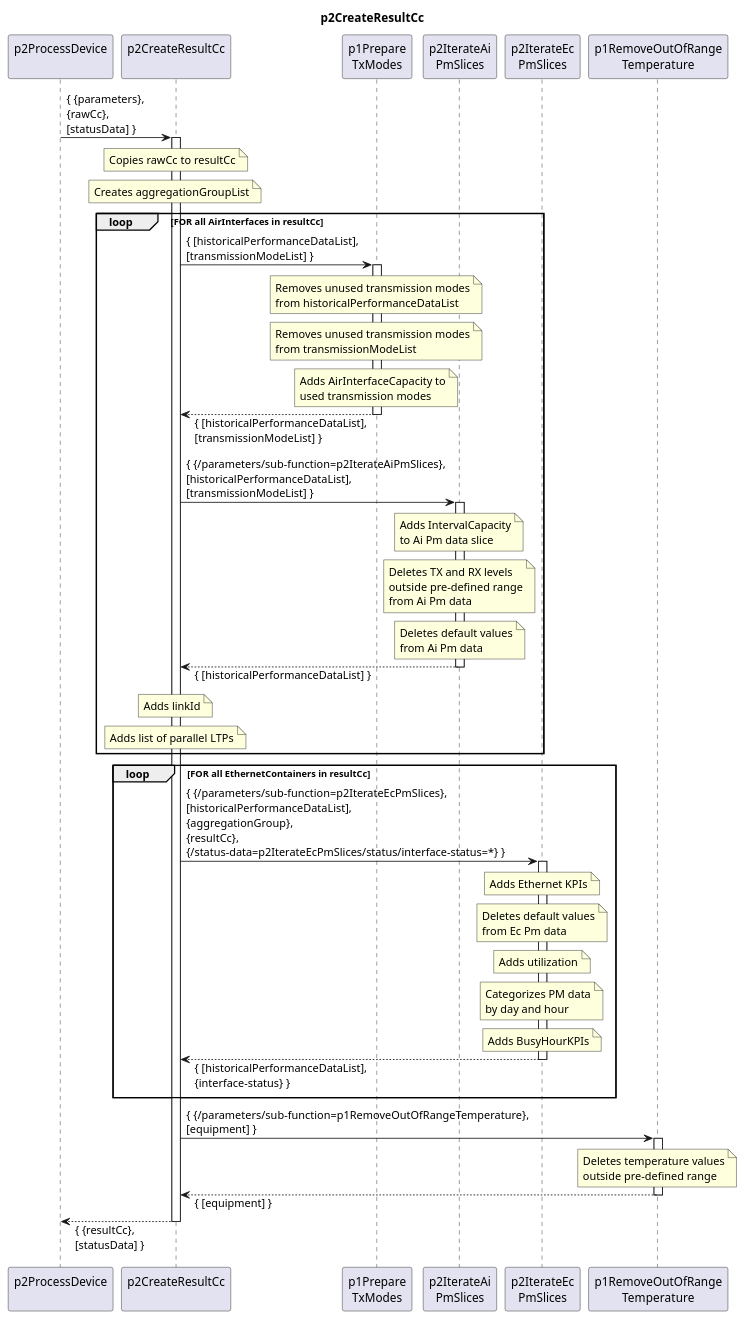
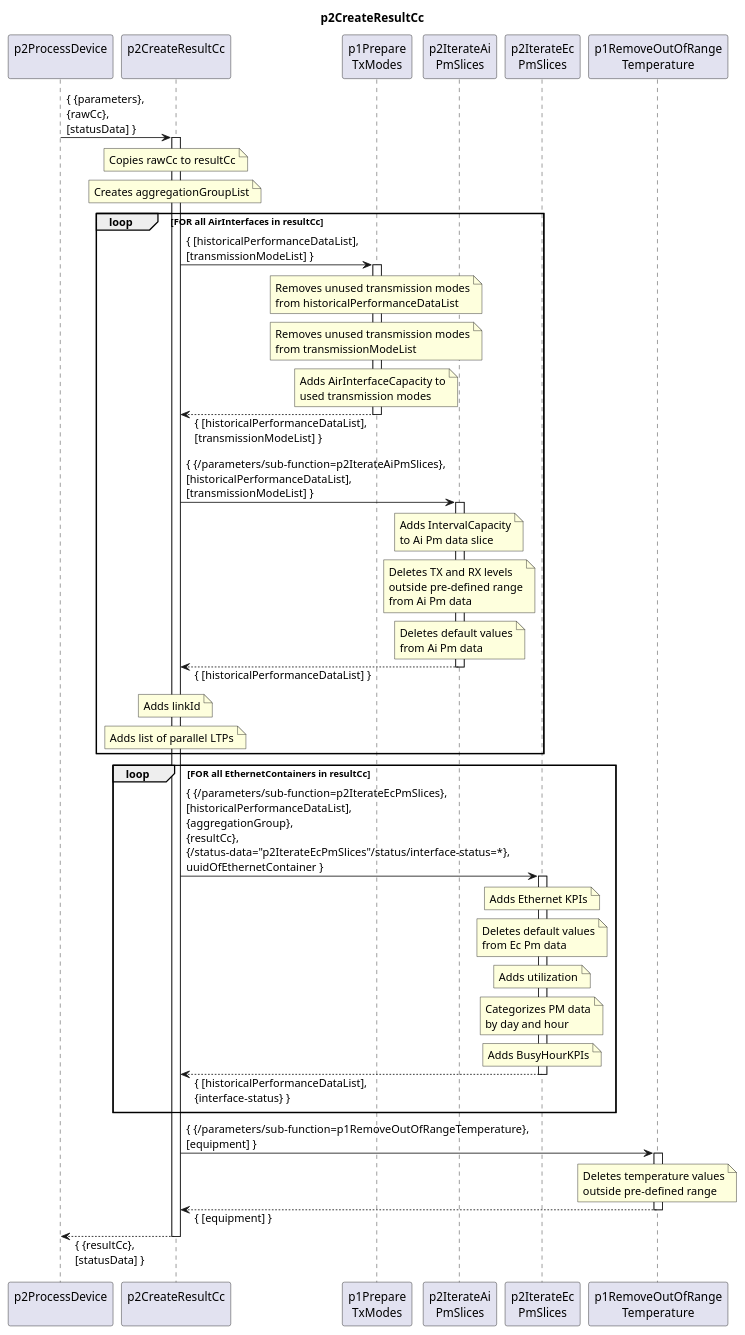
The diagram in spec/Functions/p2StreamPmData/p2ProcessDevice/p2CreateResultCc/1.0.0/p2CreateResultCc.plantuml (openBackhaul/DevicePerformanceManagementDataProcessor), drawn with PlantUML before and after one commit. The commit also changed 10 other files, not shown here.

Commit message:
Add deriving physicalServerLtpList from serverLtp attribute at EthernetContainerLTP (fixes #211)

```diff
--- a/spec/Functions/p2StreamPmData/p2ProcessDevice/p2CreateResultCc/1.0.0/p2CreateResultCc.plantuml
+++ b/spec/Functions/p2StreamPmData/p2ProcessDevice/p2CreateResultCc/1.0.0/p2CreateResultCc.plantuml
@@ -1,128 +1,128 @@
 @startuml p2CreateResultCc
 skinparam responseMessageBelowArrow true
 
 title
   p2CreateResultCc
 end title
 
 participant "p2ProcessDevice\n" as requestor
 participant "p2CreateResultCc\n" as cur
 participant "p1Prepare\nTxModes" as p1prepTxModes
 participant "p2IterateAi\nPmSlices" as p2IterateAi
 participant "p2IterateEc\nPmSlices" as p2IterateEc
 participant "p1RemoveOutOfRange\nTemperature" as p1RemoveTemp
 
 requestor -> cur : { {parameters},\n{rawCc},\n[statusData] }
 activate cur
 
   note over cur
     Copies rawCc to resultCc
   end note
 
   note over cur
     Creates aggregationGroupList
   end note
 
   loop FOR all AirInterfaces in resultCc
 
     cur -> p1prepTxModes : { [historicalPerformanceDataList],\n[transmissionModeList] }
     activate p1prepTxModes
 
       note over p1prepTxModes
         Removes unused transmission modes
         from historicalPerformanceDataList
       end note
 
       note over p1prepTxModes
         Removes unused transmission modes
         from transmissionModeList
       end note
 
       note over p1prepTxModes
         Adds AirInterfaceCapacity to
         used transmission modes
       end note
 
     cur <-- p1prepTxModes : { [historicalPerformanceDataList],\n[transmissionModeList] }
     deactivate p1prepTxModes
 
     cur -> p2IterateAi : { {/parameters/sub-function=p2IterateAiPmSlices},\n[historicalPerformanceDataList],\n[transmissionModeList] }
     activate p2IterateAi
 
       note over p2IterateAi
         Adds IntervalCapacity
         to Ai Pm data slice
       end note
 
       note over p2IterateAi
         Deletes TX and RX levels
         outside pre-defined range
         from Ai Pm data
       end note
 
       note over p2IterateAi
         Deletes default values
         from Ai Pm data
       end note
 
 
     cur <-- p2IterateAi : { [historicalPerformanceDataList] }
     deactivate p2IterateAi
 
     note over cur
       Adds linkId
     end note
 
     note over cur
       Adds list of parallel LTPs
     end note
 
   end
 
   loop FOR all EthernetContainers in resultCc
 
-    cur -> p2IterateEc : { {/parameters/sub-function=p2IterateEcPmSlices},\n[historicalPerformanceDataList],\n{aggregationGroup},\n{resultCc},\n{/status-data=p2IterateEcPmSlices/status/interface-status=*} }
+    cur -> p2IterateEc : { {/parameters/sub-function=p2IterateEcPmSlices},\n[historicalPerformanceDataList],\n{aggregationGroup},\n{resultCc},\n{/status-data="p2IterateEcPmSlices"/status/interface-status=*},\nuuidOfEthernetContainer }
     activate p2IterateEc
 
       note over p2IterateEc
         Adds Ethernet KPIs
       end note
 
       note over p2IterateEc
         Deletes default values
         from Ec Pm data
       end note
 
       note over p2IterateEc
         Adds utilization
       end note
 
       note over p2IterateEc
         Categorizes PM data
         by day and hour
       end note
 
       note over p2IterateEc
         Adds BusyHourKPIs
       end note
 
     cur <-- p2IterateEc : { [historicalPerformanceDataList],\n{interface-status} }
     deactivate p2IterateEc
 
   end loop
 
   cur -> p1RemoveTemp : { {/parameters/sub-function=p1RemoveOutOfRangeTemperature},\n[equipment] }
   activate p1RemoveTemp
 
     note over p1RemoveTemp
       Deletes temperature values
       outside pre-defined range
     end note
 
   cur <-- p1RemoveTemp : { [equipment] }
   deactivate p1RemoveTemp
 
 requestor <-- cur : { {resultCc},\n[statusData] }
 deactivate cur
 
 @enduml
```
